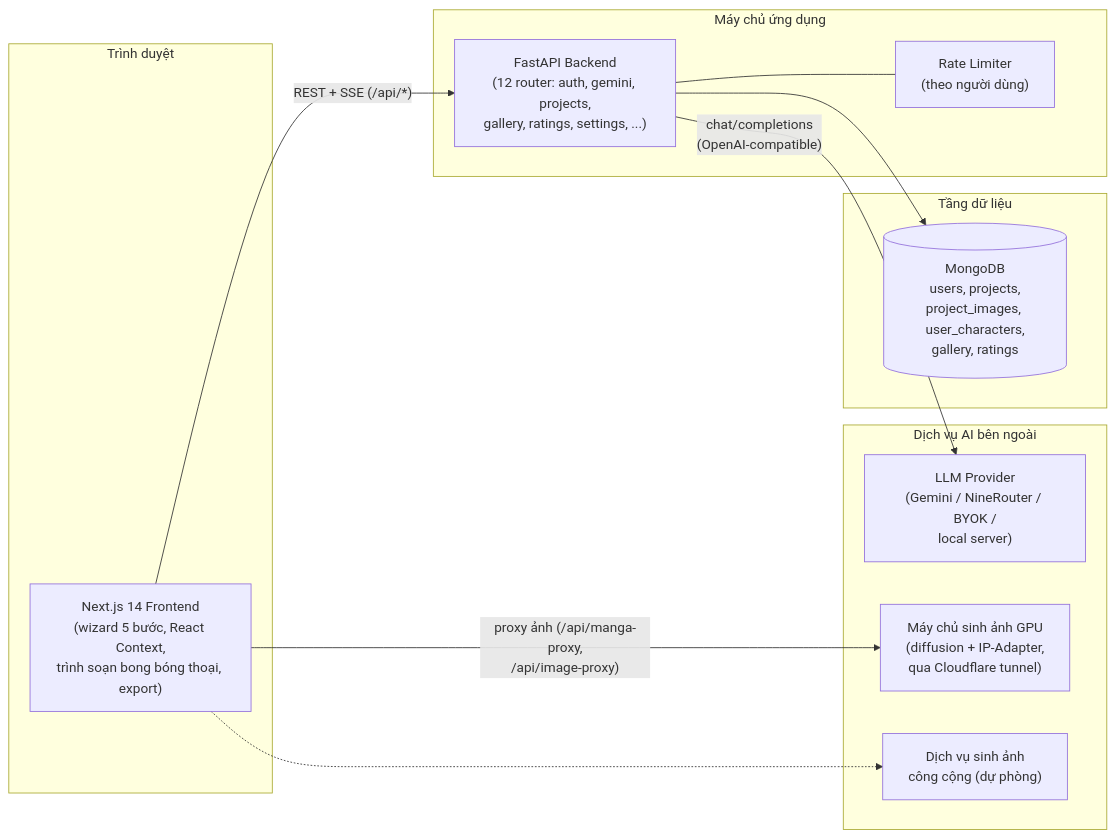
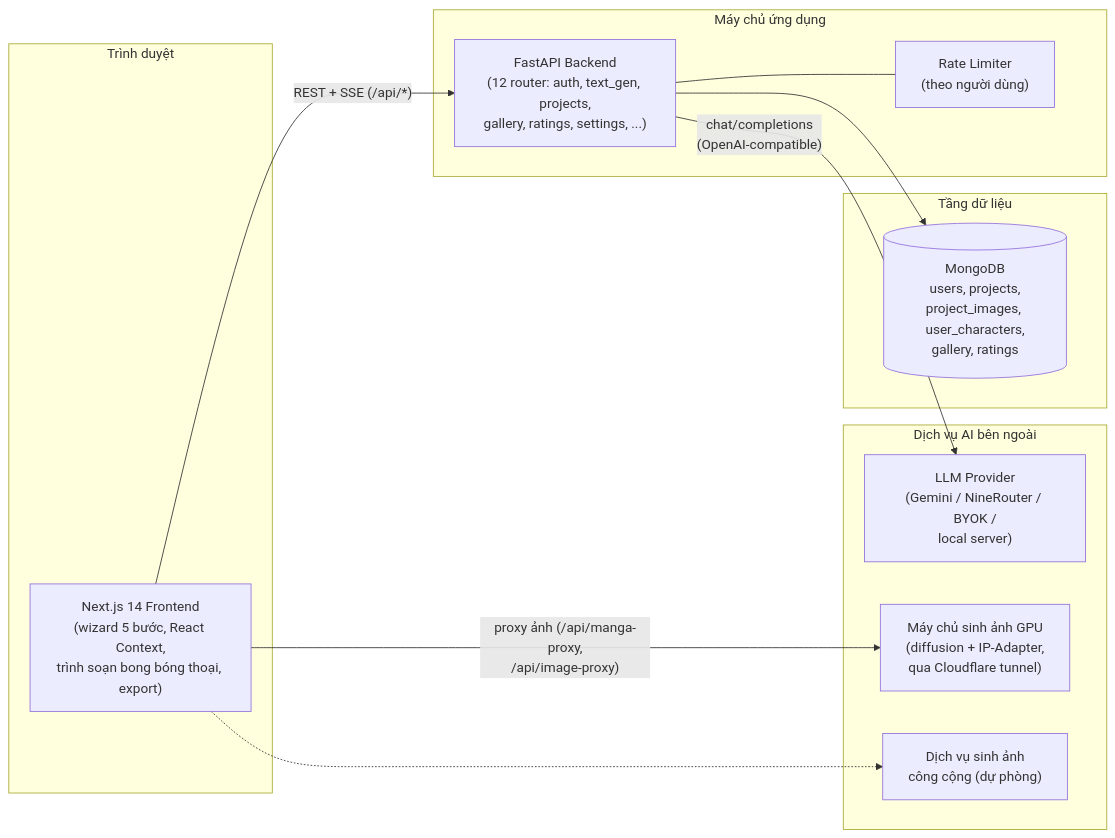
The first of 9 diagrams in ThesisInformation/KhoaLuan_Draft.md (MayBaoHCMUS/mOhiOm), drawn with Mermaid before and after one commit. The commit also changed other lines of this file and 15 other files, not shown here.

Commit message:
feat: update API endpoints to use text generation router, add JWT secret key requirements, and enhance admin access validation

````diff
--- a/ThesisInformation/KhoaLuan_Draft.md
+++ b/ThesisInformation/KhoaLuan_Draft.md
@@ -340,28 +340,28 @@
 ```mermaid
 flowchart LR
     subgraph Client["Trình duyệt"]
         FE["Next.js 14 Frontend<br/>(wizard 5 bước, React Context,<br/>trình soạn bong bóng thoại, export)"]
     end
 
     subgraph Server["Máy chủ ứng dụng"]
-        BE["FastAPI Backend<br/>(12 router: auth, gemini, projects,<br/>gallery, ratings, settings, ...)"]
+        BE["FastAPI Backend<br/>(12 router: auth, text_gen, projects,<br/>gallery, ratings, settings, ...)"]
         RL["Rate Limiter<br/>(theo người dùng)"]
         BE --- RL
     end
 
     subgraph Data["Tầng dữ liệu"]
         DB[("MongoDB<br/>users, projects,<br/>project_images, user_characters,<br/>gallery, ratings")]
     end
 
     subgraph AI["Dịch vụ AI bên ngoài"]
         LLM["LLM Provider<br/>(Gemini / NineRouter / BYOK /<br/>local server)"]
         IMG["Máy chủ sinh ảnh GPU<br/>(diffusion + IP-Adapter,<br/>qua Cloudflare tunnel)"]
         POLL["Dịch vụ sinh ảnh<br/>công cộng (dự phòng)"]
     end
 
     FE -- "REST + SSE (/api/*)" --> BE
     FE -- "proxy ảnh (/api/manga-proxy,<br/>/api/image-proxy)" --> IMG
     BE --> DB
     BE -- "chat/completions<br/>(OpenAI-compatible)" --> LLM
     FE -.-> POLL
 ```
````
